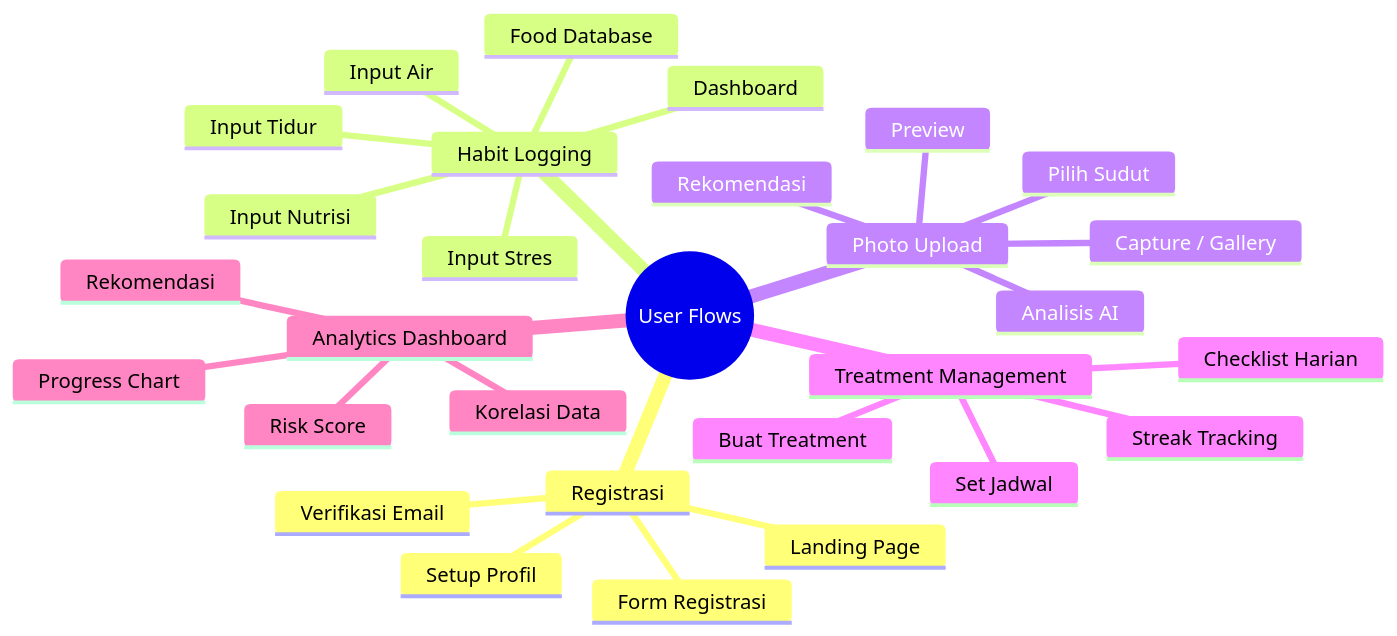
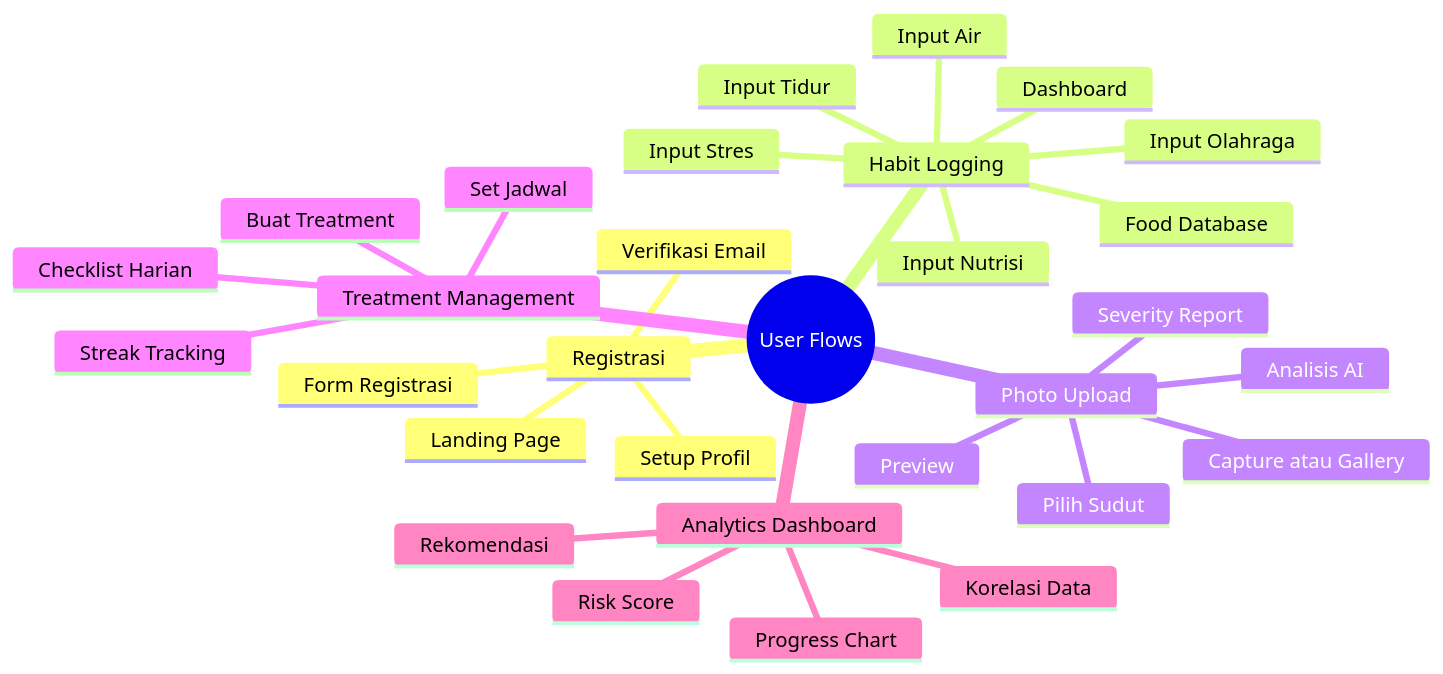
The first of 9 diagrams in Documentation/USER-FLOW.md (petrushandika/Scalp-Analytics), drawn with Mermaid before and after one commit. The commit also changed other lines of this file and 5 other files, not shown here.

````diff
--- a/Documentation/USER-FLOW.md
+++ b/Documentation/USER-FLOW.md
@@ -18,32 +18,33 @@
 ```mermaid
 mindmap
   root((User Flows))
     Registrasi
       Landing Page
       Form Registrasi
       Verifikasi Email
       Setup Profil
     Habit Logging
       Dashboard
       Input Stres
       Input Tidur
       Input Air
       Input Nutrisi
+      Input Olahraga
       Food Database
     Photo Upload
       Pilih Sudut
-      Capture / Gallery
+      Capture atau Gallery
       Preview
       Analisis AI
-      Rekomendasi
+      Severity Report
     Treatment Management
       Buat Treatment
       Set Jadwal
       Checklist Harian
       Streak Tracking
     Analytics Dashboard
       Progress Chart
       Korelasi Data
       Risk Score
       Rekomendasi
 ```
````
